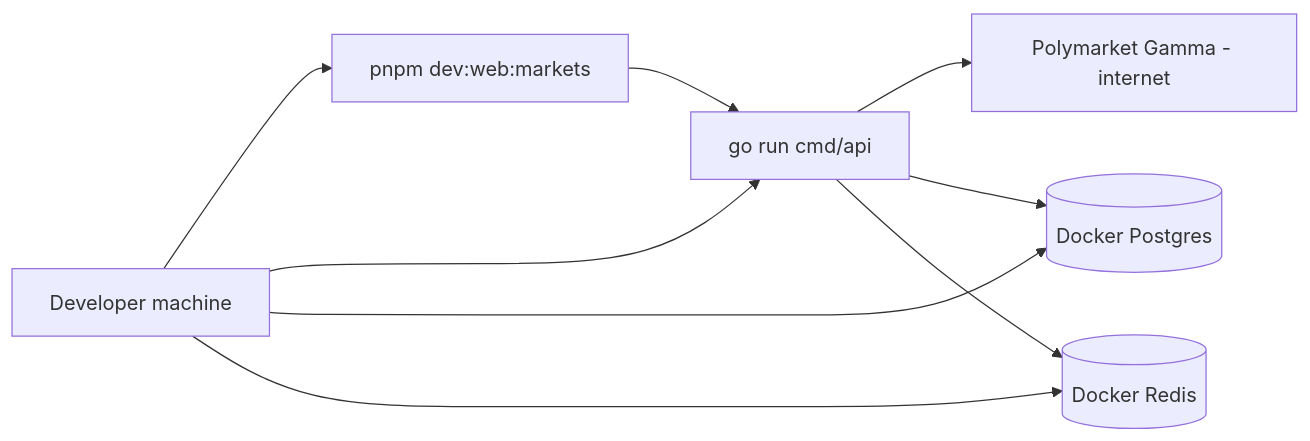
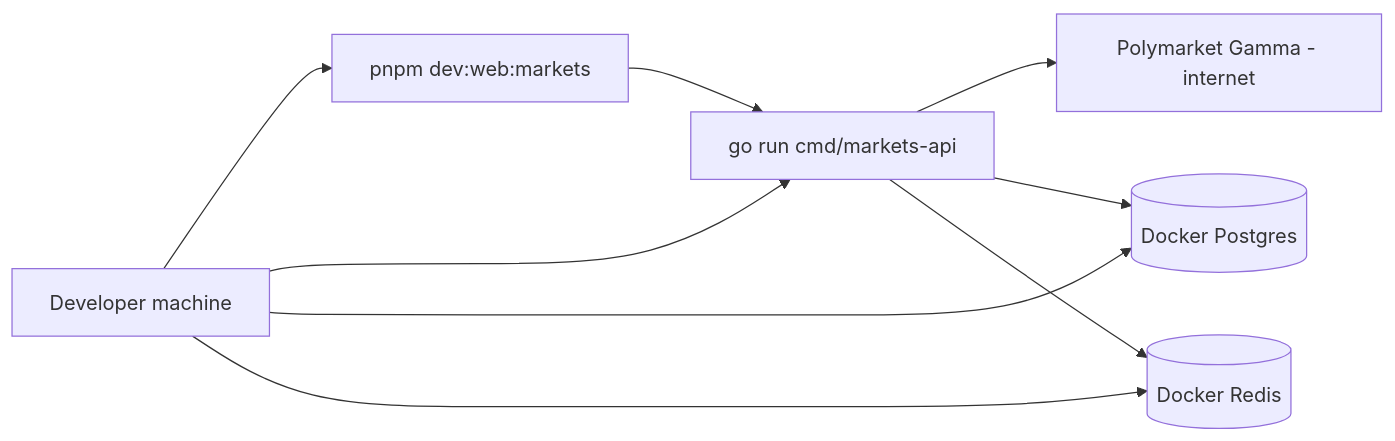
One commit to RetroPick/monorepo-base changed the seventh of 7 diagrams in .dev/markets-v1/architecture/TARGET_MONOREPO_ARCHITECTURE.md. Above: the diagram before and after it, drawn with Mermaid. The commit also changed other lines of this file and 395 other files, not shown here.

````diff
--- a/.dev/markets-v1/architecture/TARGET_MONOREPO_ARCHITECTURE.md
+++ b/.dev/markets-v1/architecture/TARGET_MONOREPO_ARCHITECTURE.md
@@ -515,12 +515,12 @@
 ```mermaid
 flowchart LR
     DEV[Developer machine]
     DEV --> WEB[pnpm dev:web:markets]
-    DEV --> API[go run cmd/api]
+    DEV --> API[go run cmd/markets-api]
     DEV --> DB[(Docker Postgres)]
     DEV --> REDIS[(Docker Redis)]
     WEB --> API
     API --> GAMMA[Polymarket Gamma - internet]
     API --> DB
     API --> REDIS
 ```
````
